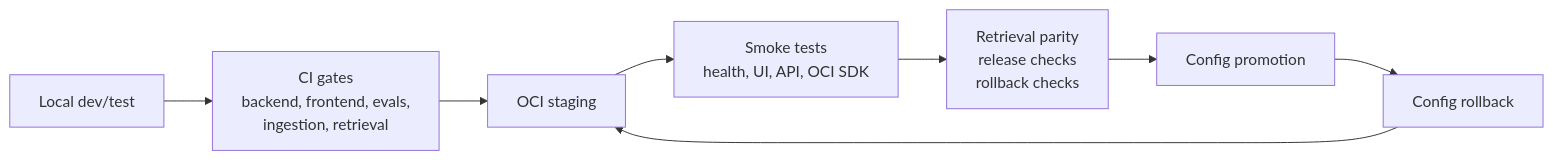
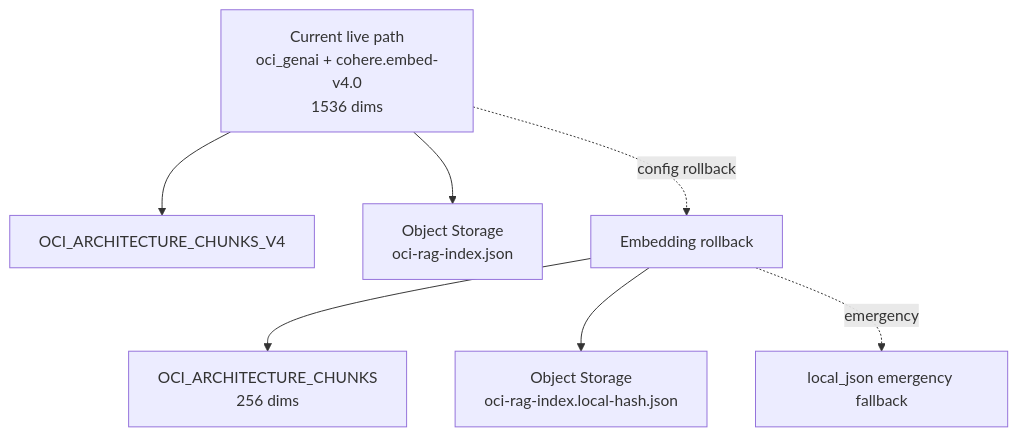
One commit to BfShaik/OCI-Architecture-Studio changed the fifth of 6 diagrams in docs/architecture/architecture-diagrams.md. Above: the diagram before and after it, drawn with Mermaid. The commit also changed other lines of this file and 7 other files, not shown here.

````diff
--- a/docs/architecture/architecture-diagrams.md
+++ b/docs/architecture/architecture-diagrams.md
@@ -208,14 +104,18 @@
 ```mermaid
-flowchart LR
-  Dev["Local dev/test"]
-  CI["CI gates\nbackend, frontend, evals,\ningestion, retrieval"]
-  Stage["OCI staging"]
-  Smoke["Smoke tests\nhealth, UI, API, OCI SDK"]
-  Guardrails["Retrieval parity\nrelease checks\nrollback checks"]
-  Promote["Config promotion"]
-  Rollback["Config rollback"]
+flowchart TD
+  Current["Current live path\noci_genai + cohere.embed-v4.0\n1536 dims"]
+  V4Table["OCI_ARCHITECTURE_CHUNKS_V4"]
+  V4Manifest["Object Storage\noci-rag-index.json"]
 
-  Dev --> CI --> Stage --> Smoke --> Guardrails --> Promote
-  Promote --> Rollback
-  Rollback --> Stage
+  Rollback["Embedding rollback"]
+  HashTable["OCI_ARCHITECTURE_CHUNKS\n256 dims"]
+  HashManifest["Object Storage\noci-rag-index.local-hash.json"]
+  Local["local_json emergency fallback"]
+
+  Current --> V4Table
+  Current --> V4Manifest
+  Current -. config rollback .-> Rollback
+  Rollback --> HashTable
+  Rollback --> HashManifest
+  Rollback -. emergency .-> Local
 ```
````
